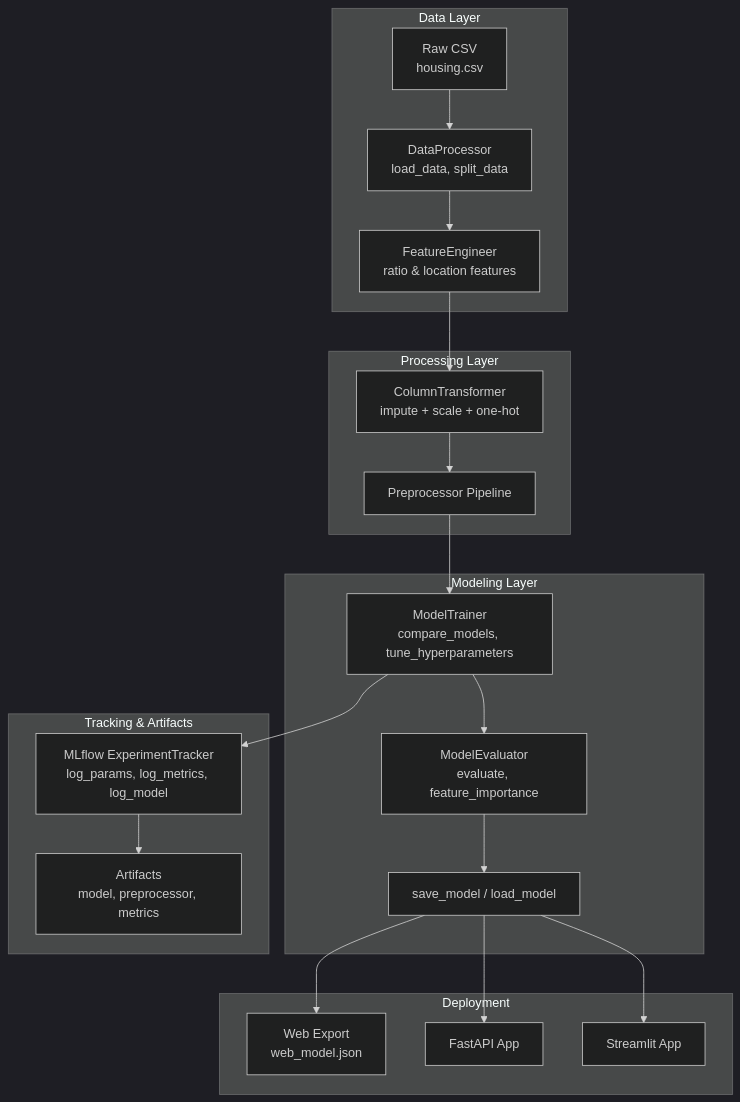
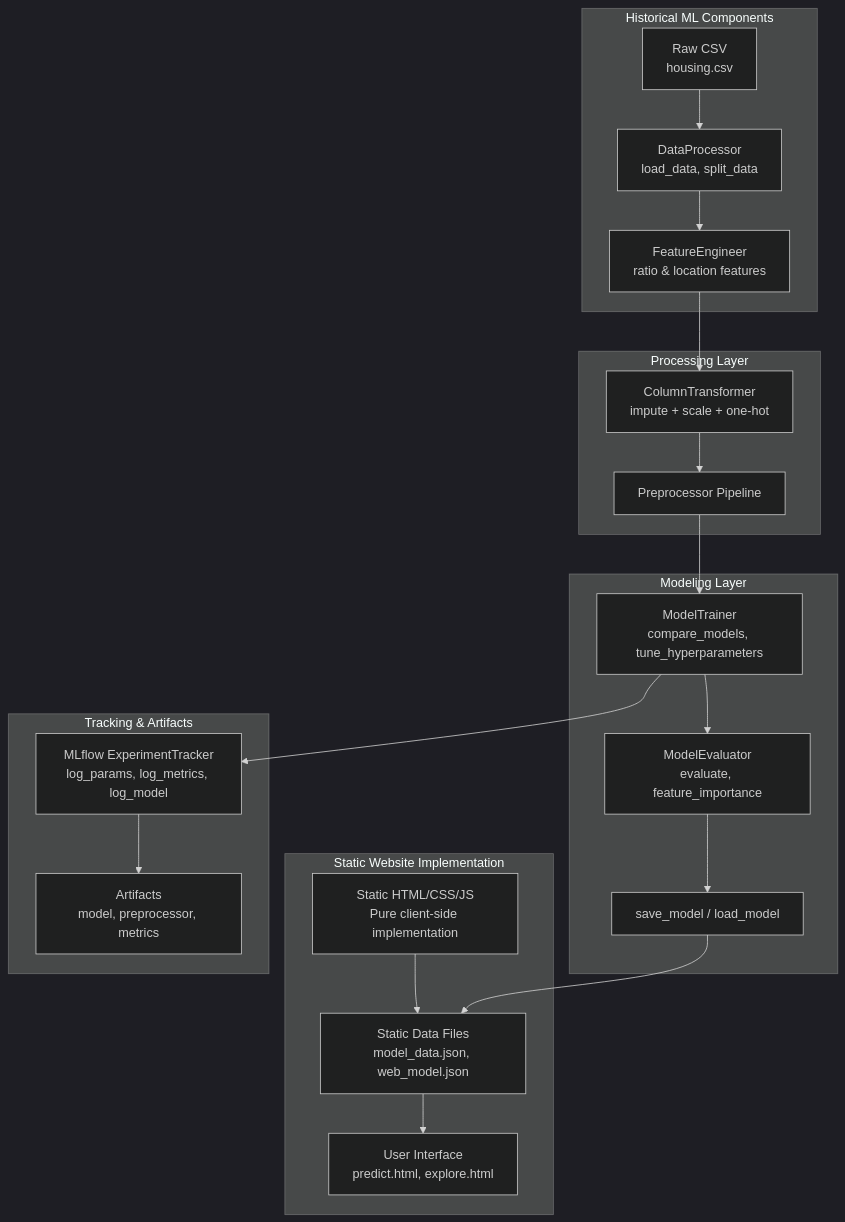
Before and after one commit to tashkirrr/housing-price-prediction: the first of 10 diagrams in .qoder/repowiki/en/content/Machine Learning Pipeline/Machine Learning Pipeline.md, drawn with Mermaid (dark theme). The commit also changed other lines of this file and 9 other files, not shown here.

First line of the commit message:
refactor(docs): restructure docs for static website deployment

````diff
--- a/.qoder/repowiki/en/content/Machine Learning Pipeline/Machine Learning Pipeline.md
+++ b/.qoder/repowiki/en/content/Machine Learning Pipeline/Machine Learning Pipeline.md
@@ -45,31 +55,31 @@
 ```mermaid
 graph TB
-subgraph "Data Layer"
+subgraph "Static Website Implementation"
+STATIC["Static HTML/CSS/JS<br/>Pure client-side implementation"]
+DATA["Static Data Files<br/>model_data.json, web_model.json"]
+ENDUSER["User Interface<br/>predict.html, explore.html"]
+end
+subgraph "Historical ML Components"
 RAW["Raw CSV<br/>housing.csv"]
 DP["DataProcessor<br/>load_data, split_data"]
 FE["FeatureEngineer<br/>ratio & location features"]
 end
 subgraph "Processing Layer"
 CT["ColumnTransformer<br/>impute + scale + one-hot"]
 PRE["Preprocessor Pipeline"]
 end
 subgraph "Modeling Layer"
 MT["ModelTrainer<br/>compare_models, tune_hyperparameters"]
 ME["ModelEvaluator<br/>evaluate, feature_importance"]
 PERSIST["save_model / load_model"]
 end
 subgraph "Tracking & Artifacts"
 MLFLOW["MLflow ExperimentTracker<br/>log_params, log_metrics, log_model"]
 ART["Artifacts<br/>model, preprocessor, metrics"]
 end
-subgraph "Deployment"
-WEB["Web Export<br/>web_model.json"]
-API["FastAPI App"]
-APP["Streamlit App"]
-end
+STATIC --> DATA
+DATA --> ENDUSER
 RAW --> DP --> FE --> CT --> PRE --> MT --> ME --> PERSIST
 MT --> MLFLOW --> ART
-PERSIST --> WEB
-PERSIST --> API
-PERSIST --> APP
+PERSIST --> DATA
 ```
````
